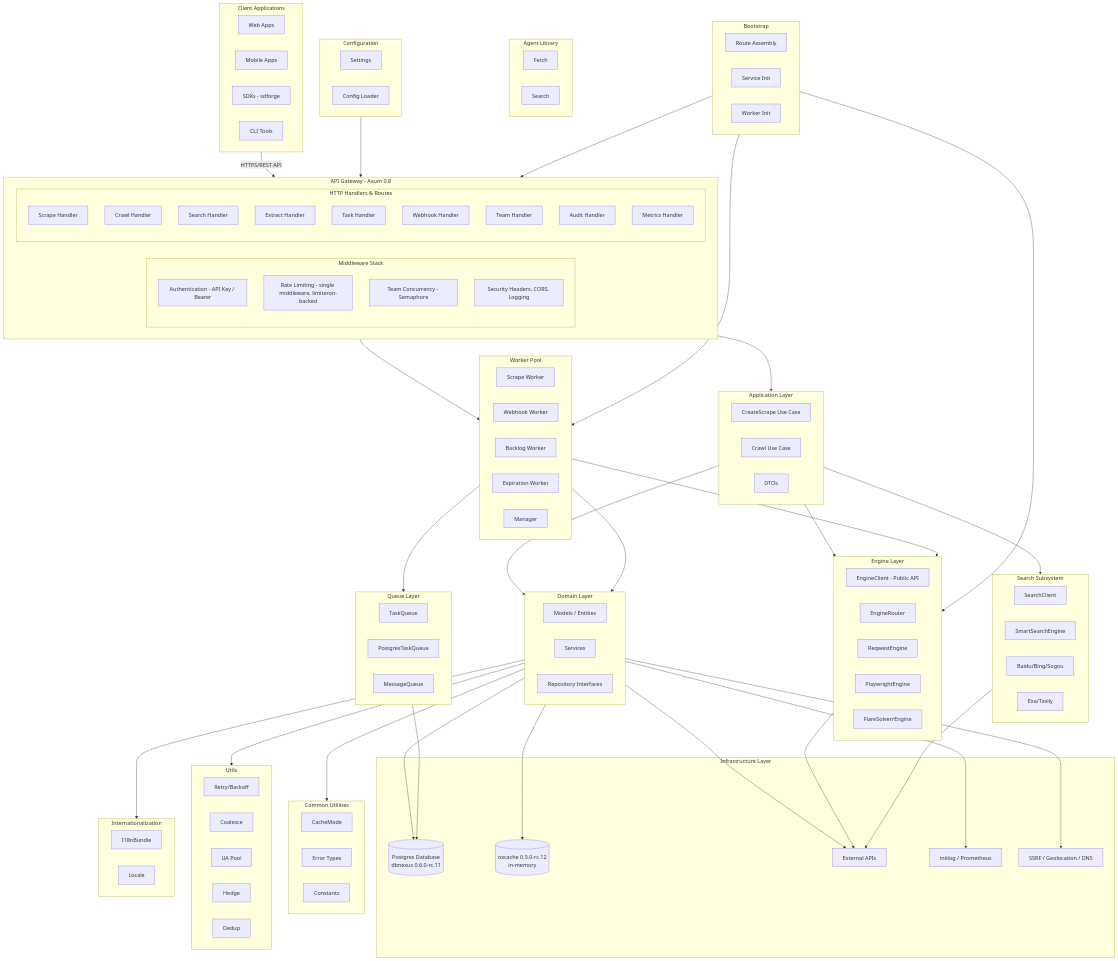
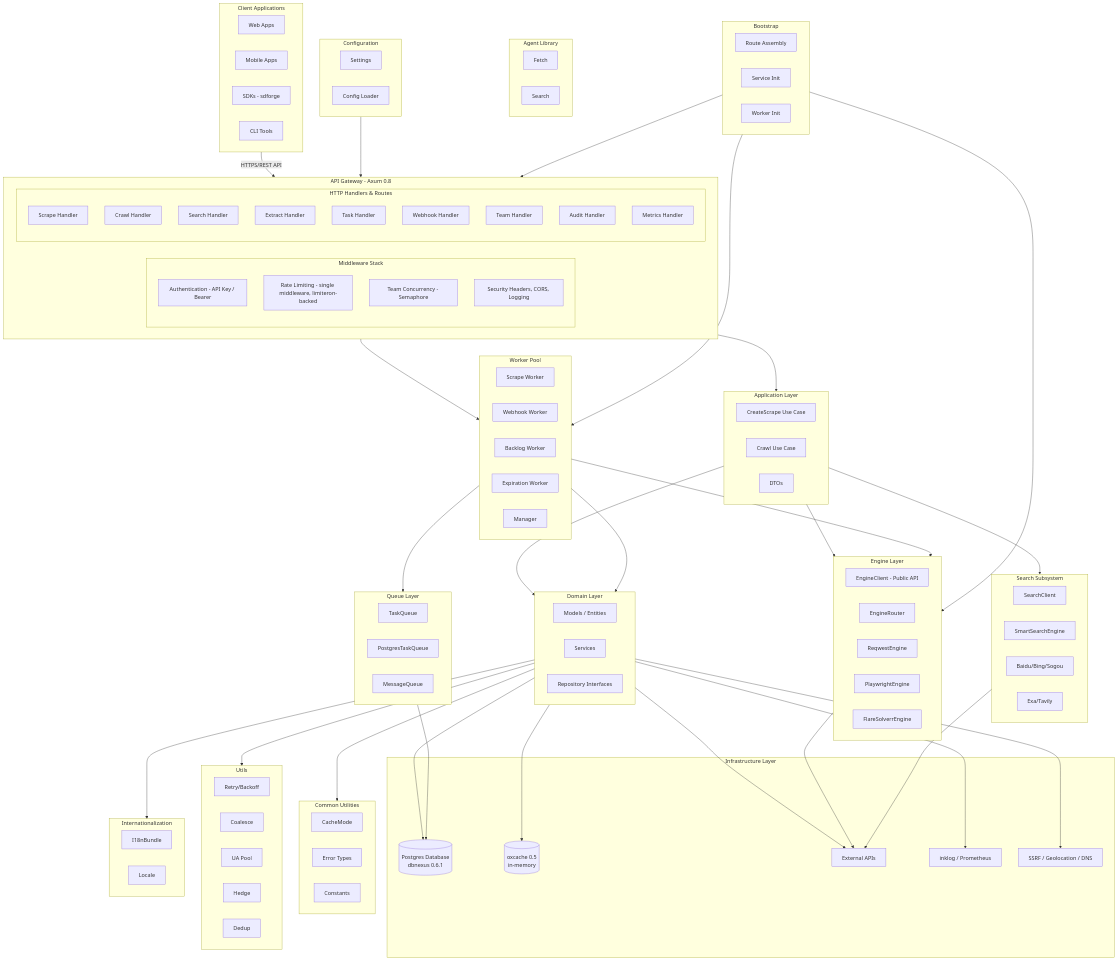
Before and after one commit to Kirky-X/crawlrs: the first of 10 diagrams in docs/ARCHITECTURE.md, drawn with Mermaid. The commit also changed other lines of this file and 9 other files, not shown here.

```diff
--- a/docs/ARCHITECTURE.md
+++ b/docs/ARCHITECTURE.md
@@ -174,8 +174,8 @@
     end
 
     subgraph Infra [Infrastructure Layer]
-        DB[(Postgres Database<br/>dbnexus 0.6.0-rc.11)]
-        RC[(oxcache 0.5.0-rc.12<br/>in-memory)]
+        DB[(Postgres Database<br/>dbnexus 0.6.1)]
+        RC[(oxcache 0.5<br/>in-memory)]
         EXT[External APIs]
         MON[inklog / Prometheus]
         SEC[SSRF / Geolocation / DNS]
```
